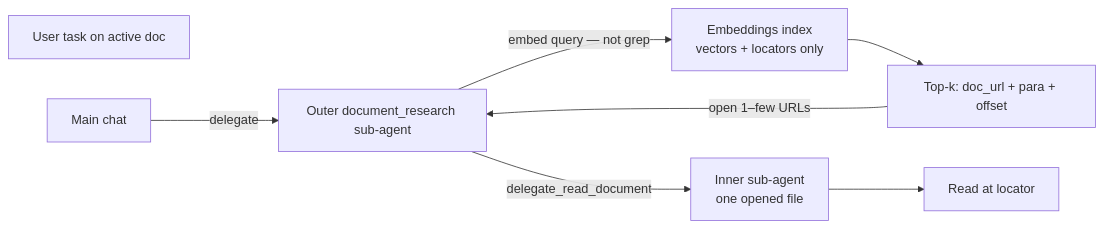
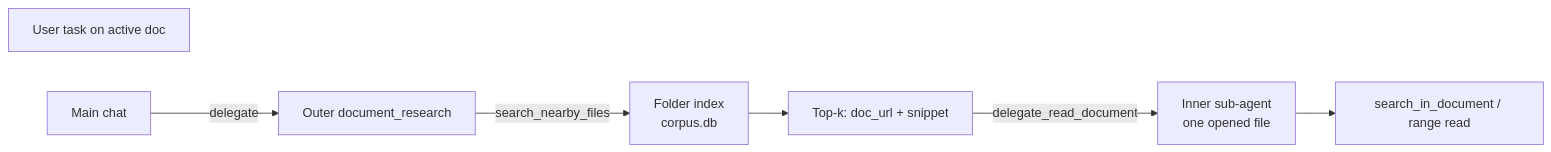
The first of 3 diagrams in docs/embeddings.md (KeithCu/writeragent), drawn with Mermaid before and after one commit. The commit also changed other lines of this file and 1 other file, not shown here.

Commit message:
reorganize embeddings doc

````diff
--- a/docs/embeddings.md
+++ b/docs/embeddings.md
@@ -351,15 +94,14 @@
 ```mermaid
 flowchart LR
   User["User task on active doc"]
   Main[Main chat]
-  Outer["Outer document_research sub-agent"]
-  Index["Embeddings index\nvectors + locators only"]
-  Hits["Top-k: doc_url + para + offset"]
+  Outer["Outer document_research"]
+  Index["Folder index\ncorpus.db"]
+  Hits["Top-k: doc_url + snippet"]
   Inner["Inner sub-agent\none opened file"]
-  Read["Read at locator"]
+  Read["search_in_document / range read"]
   Main -->|"delegate"| Outer
-  Outer -->|"embed query — not grep"| Index
+  Outer -->|"search_nearby_files"| Index
   Index --> Hits
-  Hits -->|"open 1–few URLs"| Outer
-  Outer -->|"delegate_read_document"| Inner --> Read
+  Hits -->|"delegate_read_document"| Inner --> Read
 ```
````
